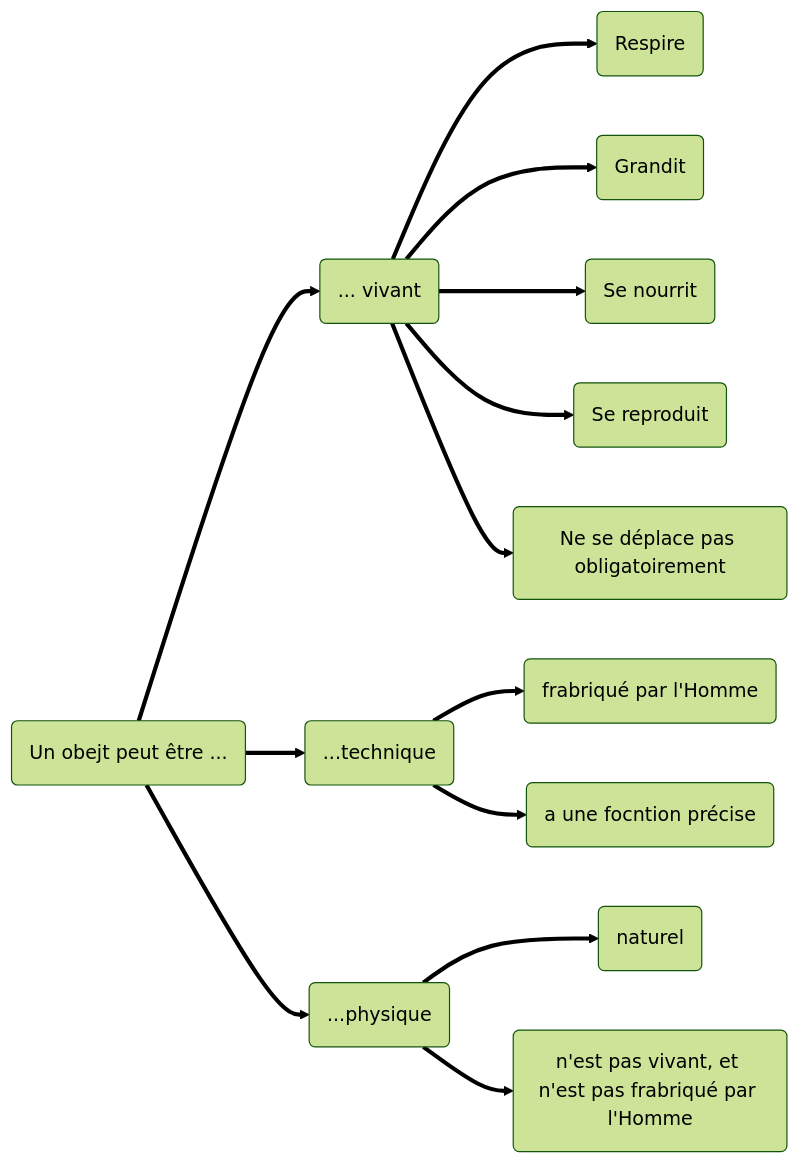
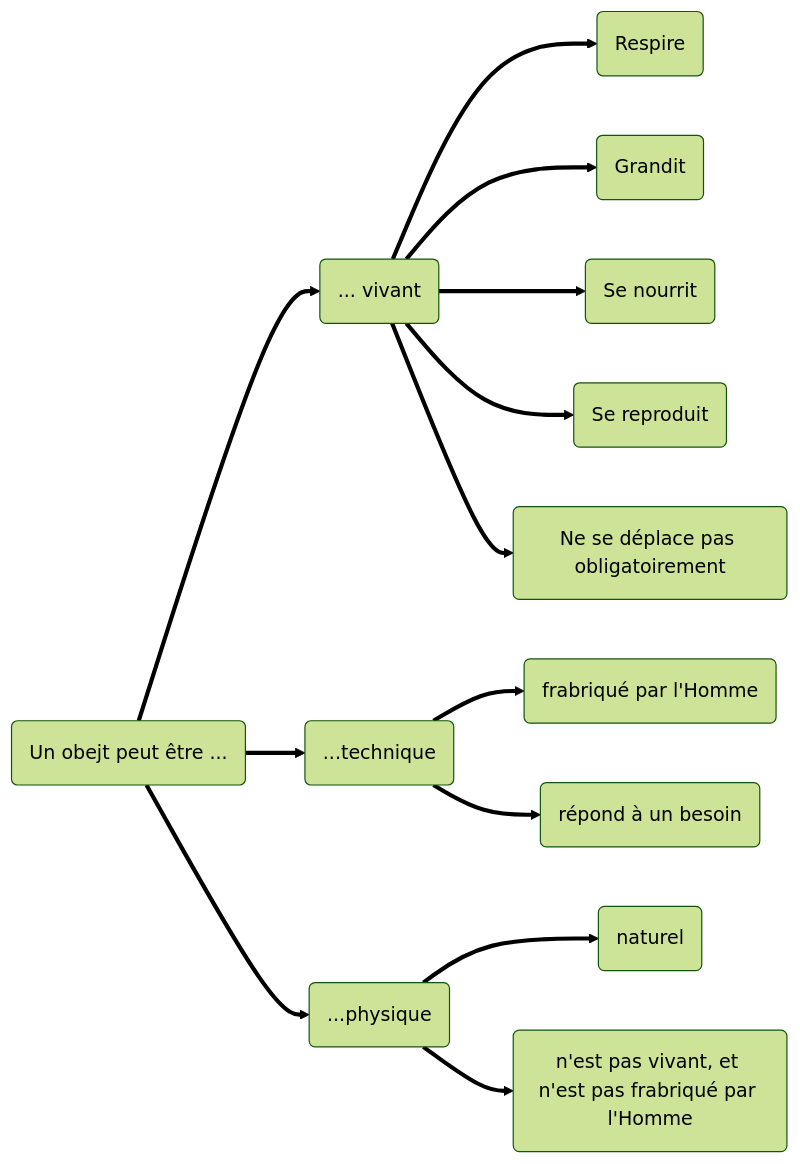
One commit to ProfCOLLET/Cours changed the diagram in EIST/Module 2/Documents prof/carte mentale bilan.mmd. Above: the diagram before and after it, drawn with Mermaid (forest theme). The commit also changed 8 other files, not shown here.

```diff
--- a/EIST/Module 2/Documents prof/carte mentale bilan.mmd
+++ b/EIST/Module 2/Documents prof/carte mentale bilan.mmd
@@ -1,27 +1,27 @@
 graph LR
 
 
 
 A(... vivant);
 AA(Respire);
 AB(Grandit);
 AC(Se nourrit);
 AD(Se reproduit);
 AE(Ne se déplace pas obligatoirement);
 
 
 B(...technique);
 BA(frabriqué par l'Homme);
-BB(a une focntion précise);
+BB(répond à un besoin);
 
 C(...physique);
 CA(naturel);
 CB(n'est pas vivant, et n'est pas frabriqué par l'Homme);
 
 A==>AA & AB & AC & AD & AE
 B==>BA & BB
 C==> CA & CB
 
 D(Un obejt peut être ...)
 
 D==>A & B & C
```
